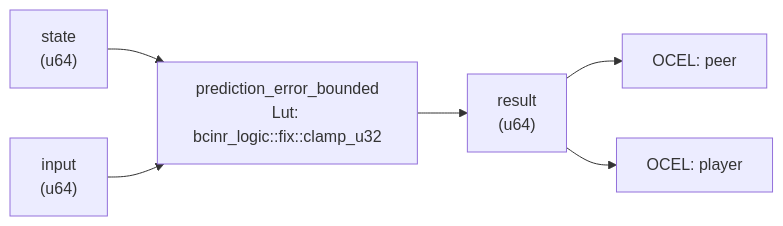
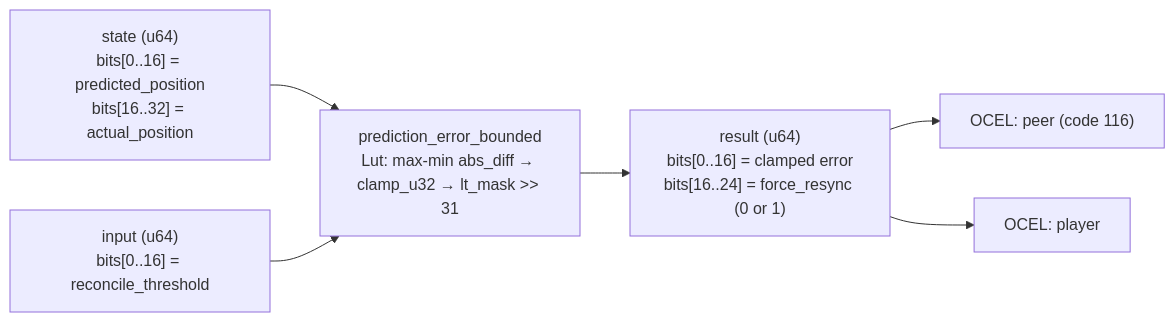
One commit to seanchatmangpt/bcinr changed the diagram in crates/wasm4games/docs/patterns/prediction_error_bounded.md. Above: the diagram before and after it, drawn with Mermaid. The commit also changed other lines of this file and 9 other files, not shown here.

````diff
--- a/crates/wasm4games/docs/patterns/prediction_error_bounded.md
+++ b/crates/wasm4games/docs/patterns/prediction_error_bounded.md
@@ -56,14 +38,14 @@
 ```mermaid
 graph LR
-    state["state\n(u64)"]
-    input["input\n(u64)"]
-    kernel["prediction_error_bounded\nLut: bcinr_logic::fix::clamp_u32"]
-    result["result\n(u64)"]
+    state["state (u64)\nbits[0..16] = predicted_position\nbits[16..32] = actual_position"]
+    input["input (u64)\nbits[0..16] = reconcile_threshold"]
+    kernel["prediction_error_bounded\nLut: max-min abs_diff → clamp_u32 → lt_mask >> 31"]
+    result["result (u64)\nbits[0..16] = clamped error\nbits[16..24] = force_resync (0 or 1)"]
     state --> kernel
     input --> kernel
     kernel --> result
-    ocel_0["OCEL: peer"]
+    ocel_0["OCEL: peer (code 116)"]
     result --> ocel_0
     ocel_1["OCEL: player"]
     result --> ocel_1
 ```
````
